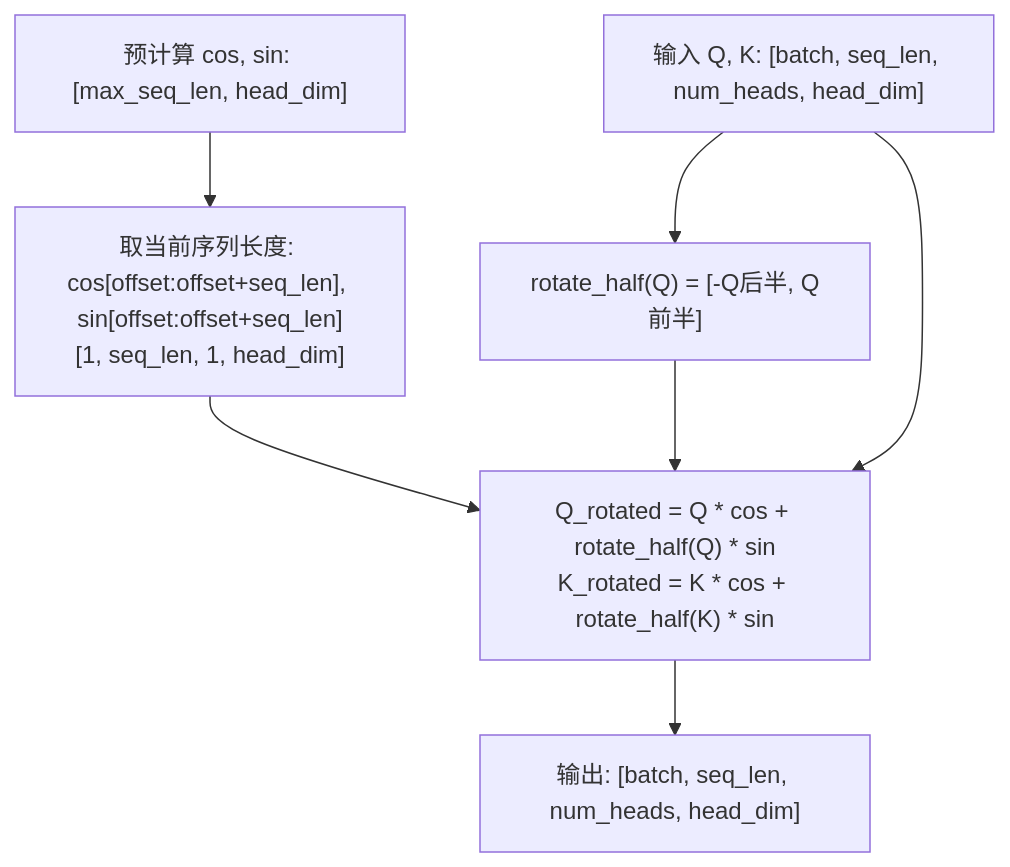
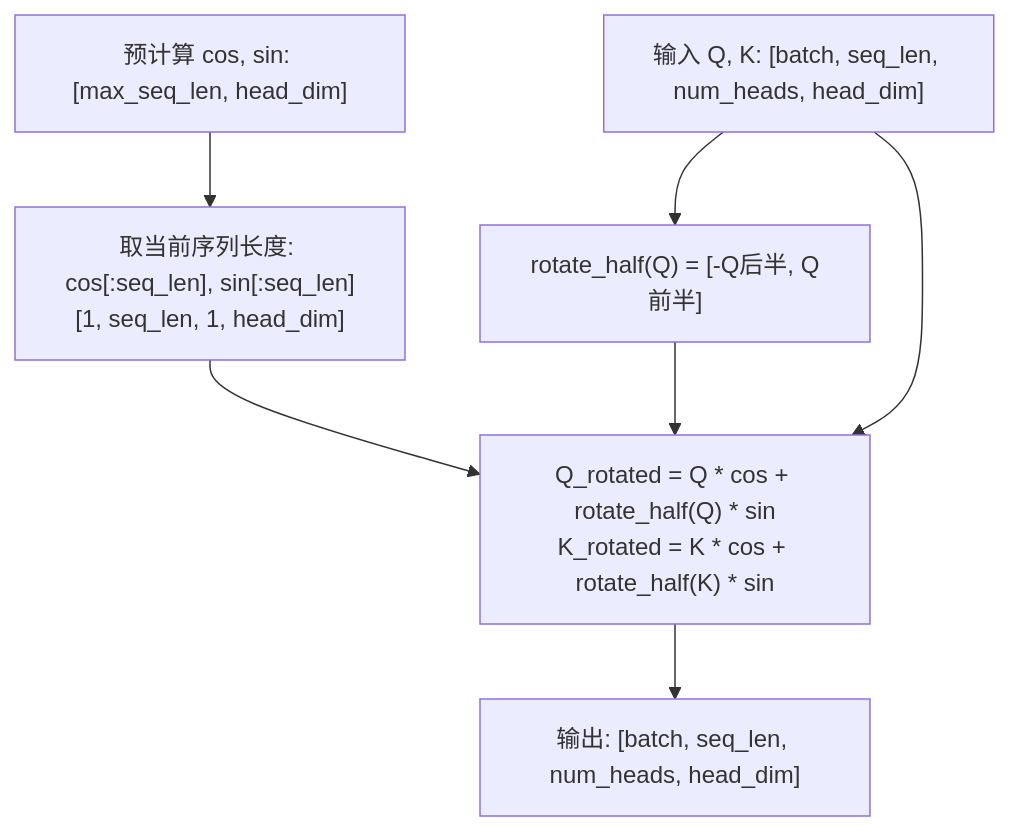
The seventh of 14 diagrams in README.md (lyc61c/LLM-Interview-Code), drawn with Mermaid before and after one commit. The commit also changed other lines of this file and 38 other files, not shown here.

````diff
--- a/README.md
+++ b/README.md
@@ -497,11 +494,11 @@
 ```mermaid
 flowchart TD
     QK["输入 Q, K: [batch, seq_len, num_heads, head_dim]"]
     Precompute["预计算 cos, sin: [max_seq_len, head_dim]"]
-    Precompute --> Slice["取当前序列长度: cos[offset:offset+seq_len], sin[offset:offset+seq_len]<br/>[1, seq_len, 1, head_dim]"]
+    Precompute --> Slice["取当前序列长度: cos[:seq_len], sin[:seq_len]<br/>[1, seq_len, 1, head_dim]"]
     QK --> Rotate["rotate_half(Q) = [-Q后半, Q前半]"]
     Slice --> Apply["Q_rotated = Q * cos + rotate_half(Q) * sin<br/>K_rotated = K * cos + rotate_half(K) * sin"]
     Rotate --> Apply
     QK --> Apply
     Apply --> Output["输出: [batch, seq_len, num_heads, head_dim]"]
 ```
````
